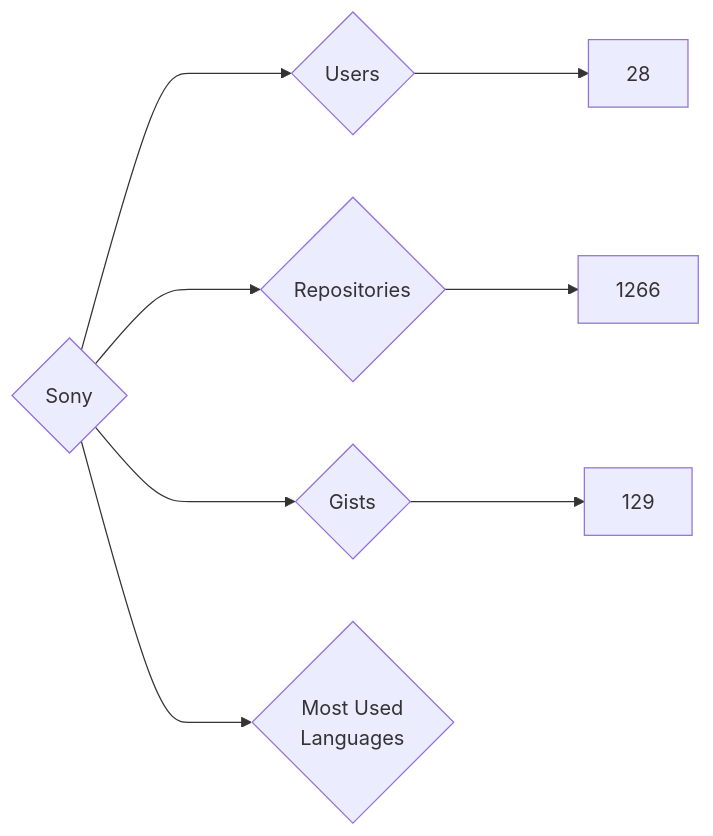
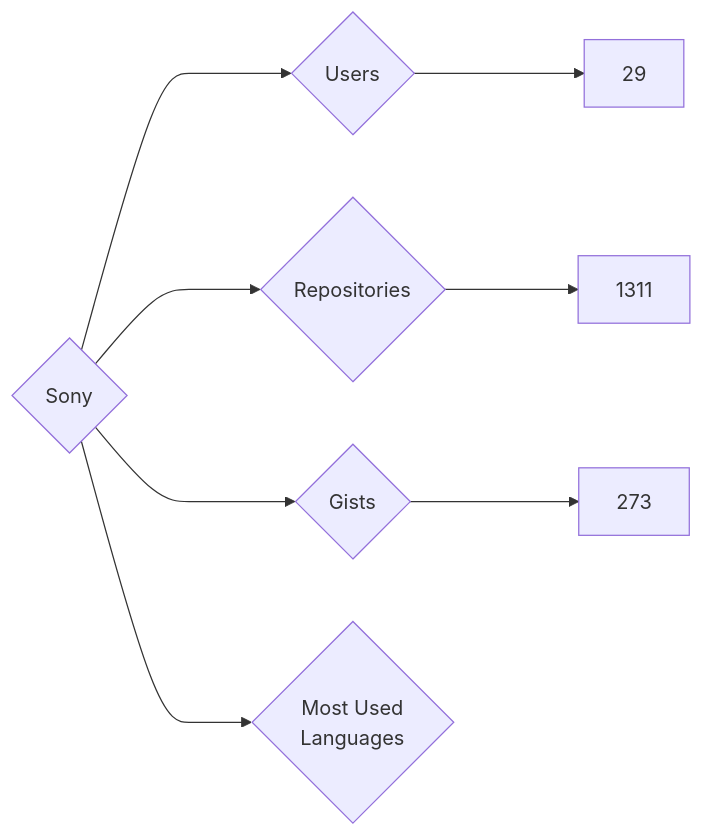
Before and after one commit to nenadzaric/insiders: the diagram in targets/Sony/README.md, drawn with Mermaid. The commit also changed 1342 other files, not shown here.

````diff
--- a/targets/Sony/README.md
+++ b/targets/Sony/README.md
@@ -3,8 +3,8 @@
 ```mermaid
 graph LR
 COMPANY_NAME{Sony}
-COMPANY_NAME ---> U{Users} ---> UN[28]
-COMPANY_NAME ---> R{Repositories} ---> RN[1266]
-COMPANY_NAME ---> G{Gists} ---> GN[129]
+COMPANY_NAME ---> U{Users} ---> UN[29]
+COMPANY_NAME ---> R{Repositories} ---> RN[1311]
+COMPANY_NAME ---> G{Gists} ---> GN[273]
 COMPANY_NAME ---> ML{Most Used<br>Languages}
 ```
````
